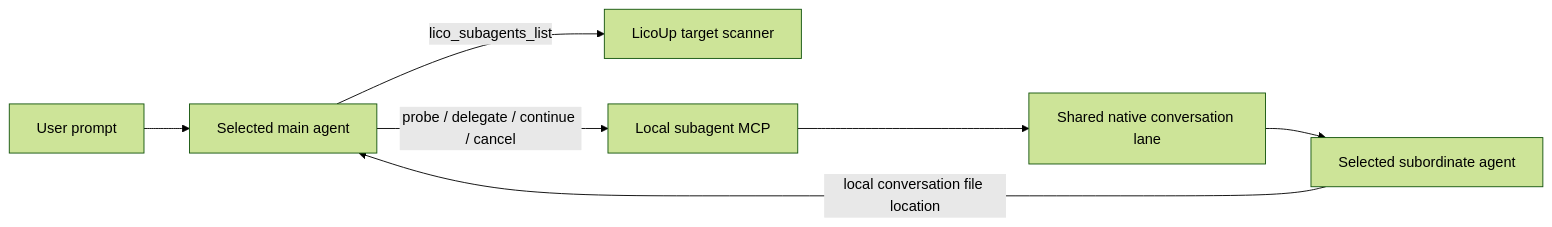
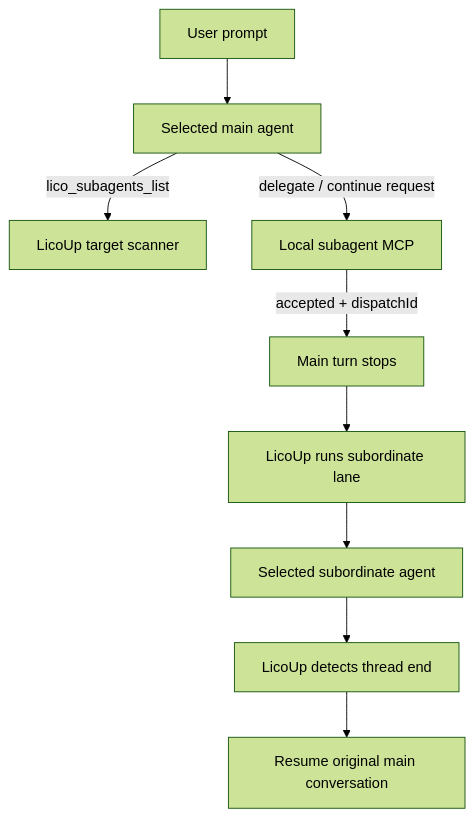
The diagram in docs/protocols/subagent-mcp.md (LicoLand/LicoUp), drawn with Mermaid (forest theme) before and after one commit. The commit also changed other lines of this file and 87 other files, not shown here.

First line of the commit message:
Land daily conversation fallback, chrome notifications, and Lico-owned handoffs.

````diff
--- a/docs/protocols/subagent-mcp.md
+++ b/docs/protocols/subagent-mcp.md
@@ -28,9 +34,11 @@
 ```mermaid
-flowchart LR
-    U["User prompt"] --> M["Selected main agent"]
-    M -->|"lico_subagents_list"| S["LicoUp target scanner"]
-    M -->|"probe / delegate / continue / cancel"| P["Local subagent MCP"]
-    P --> L["Shared native conversation lane"]
-    L --> C["Selected subordinate agent"]
-    C -->|"local conversation file location"| M
+flowchart TD
+  U["User prompt"] --> M["Selected main agent"]
+  M -->|"lico_subagents_list"| S["LicoUp target scanner"]
+  M -->|"delegate / continue request"| P["Local subagent MCP"]
+  P -->|"accepted + dispatchId"| Stop["Main turn stops"]
+  Stop --> L["LicoUp runs subordinate lane"]
+  L --> C["Selected subordinate agent"]
+  C --> Detect["LicoUp detects thread end"]
+  Detect --> Resume["Resume original main conversation"]
 ```
````
